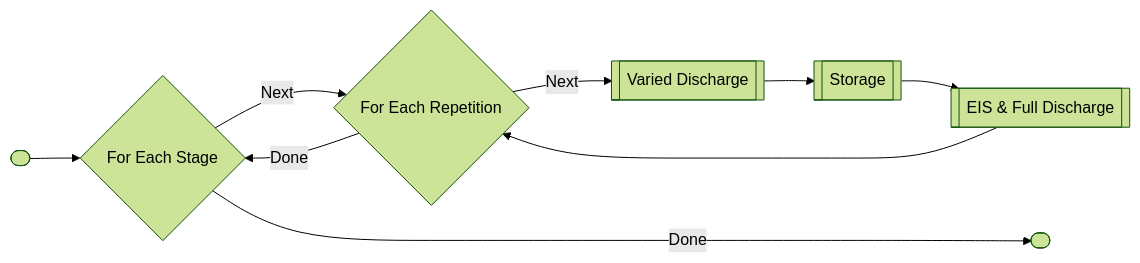
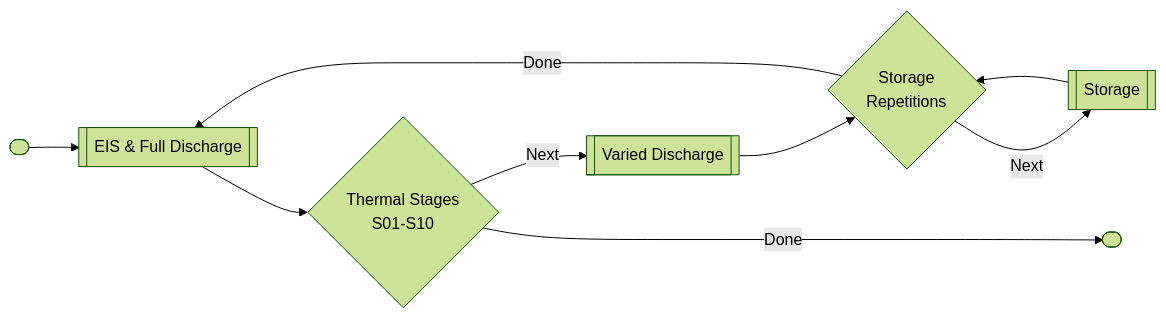
One commit to UCT-MARiS/SISPS-EXP-SOH changed the first of 3 diagrams in Docs/UCT003 SoH Methodology.md. Above: the diagram before and after it, drawn with Mermaid (forest theme). The commit also changed other lines of this file and 2 other files, not shown here.

````diff
--- a/Docs/UCT003 SoH Methodology.md
+++ b/Docs/UCT003 SoH Methodology.md
@@ -52,21 +55,21 @@
 ```mermaid
 flowchart LR
 
 start([ ])
-stage{For Each Stage}
-repetition{For Each Repetition}
+stage{Thermal Stages <br> S01-S10}
+repetition{Storage <br> Repetitions}
 varied[[Varied Discharge]]
 storage[[Storage]]
 discharge[[EIS & Full Discharge]]
 done([ ])
 
-start --> stage
-stage -->|Next| repetition
-repetition -->|Next| varied
-varied --> storage
-storage --> discharge
-discharge --> repetition
-repetition -->|Done| stage
+start --> discharge
+stage -->|Next| varied
+varied --> repetition
+repetition -->|Next| storage
+storage --> repetition
+repetition -->|Done| discharge
+discharge --> stage
 
-stage ----->|Done| done
+stage ---->|Done| done
 ```
````
